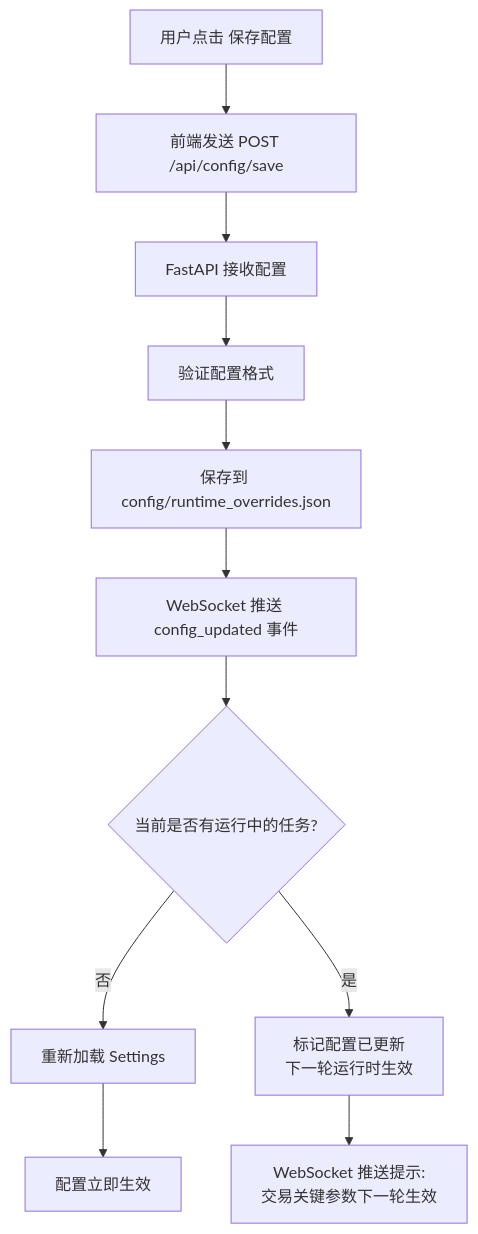
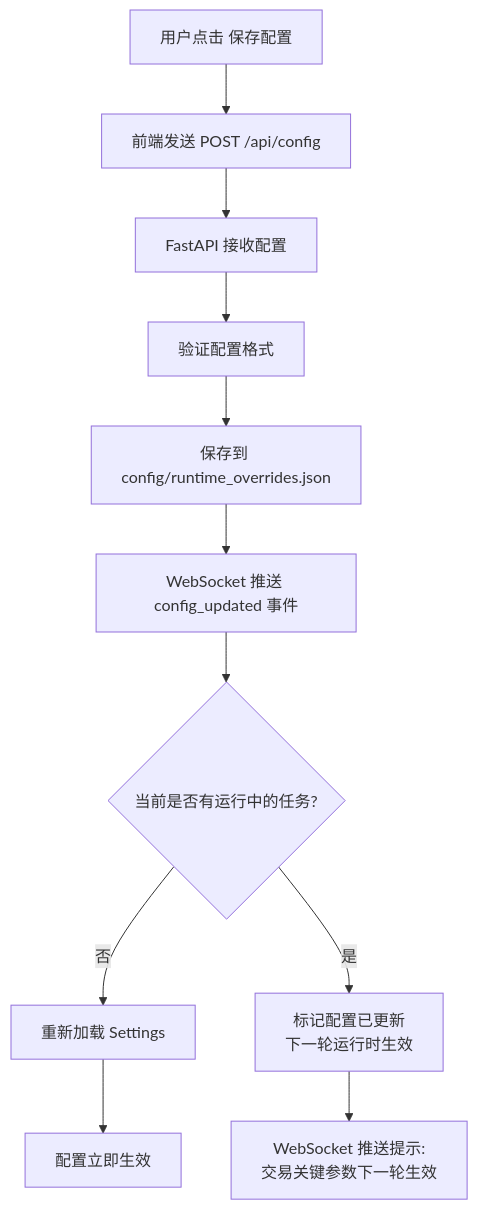
The third of 4 diagrams in docs/technical/DESIGN_DECISIONS.md (systemoutprintlnhelloworld/astock-agent-system), drawn with Mermaid before and after one commit. The commit also changed other lines of this file and 55 other files, not shown here.

````diff
--- a/docs/technical/DESIGN_DECISIONS.md
+++ b/docs/technical/DESIGN_DECISIONS.md
@@ -251,17 +251,17 @@
 ```mermaid
 flowchart TD
-    start[用户点击 保存配置] --> uiSend[前端发送 POST /api/config/save]
+    start[用户点击 保存配置] --> uiSend[前端发送 POST /api/config]
     uiSend --> backendReceive[FastAPI 接收配置]
     
     backendReceive --> validate[验证配置格式]
     validate --> saveOverride[保存到 config/runtime_overrides.json]
     saveOverride --> broadcastEvent[WebSocket 推送 config_updated 事件]
     
     broadcastEvent --> checkRunning{当前是否有运行中的任务?}
     
     checkRunning -->|否| reloadSettings[重新加载 Settings]
     reloadSettings --> done[配置立即生效]
     
     checkRunning -->|是| deferReload[标记配置已更新<br/>下一轮运行时生效]
     deferReload --> notifyUser[WebSocket 推送提示:<br/>交易关键参数下一轮生效]
 ```
````
